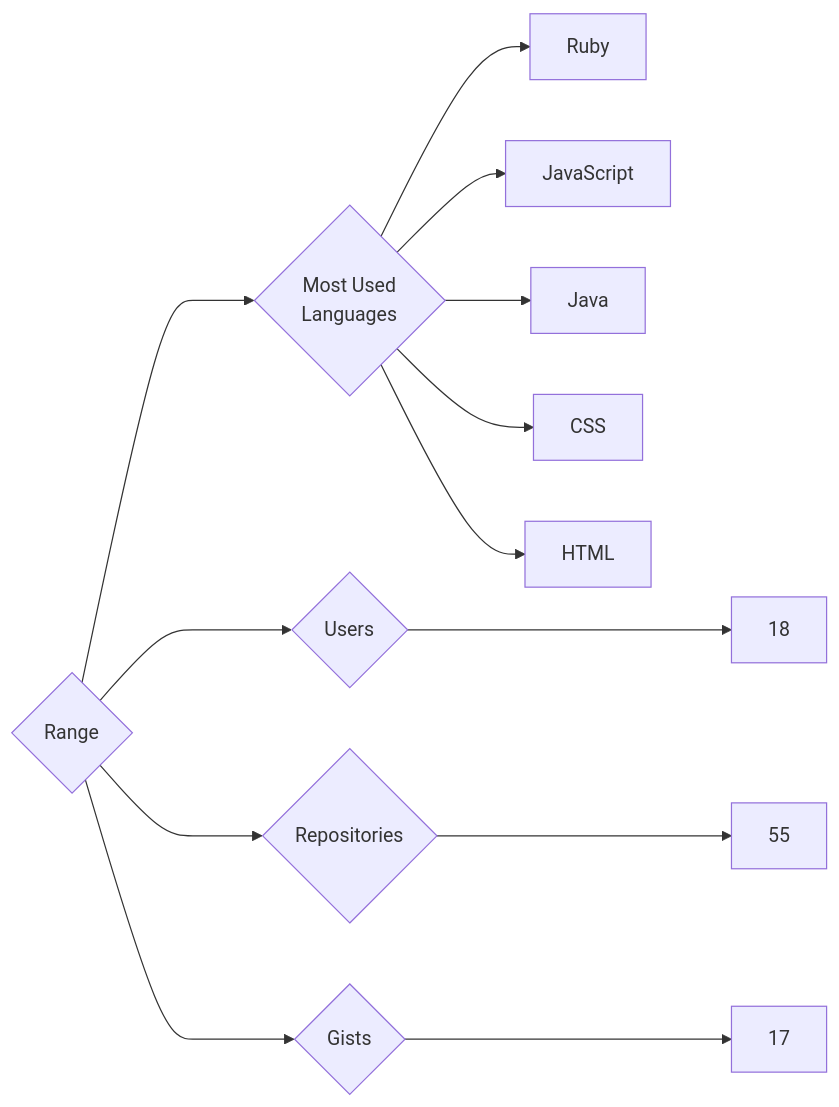
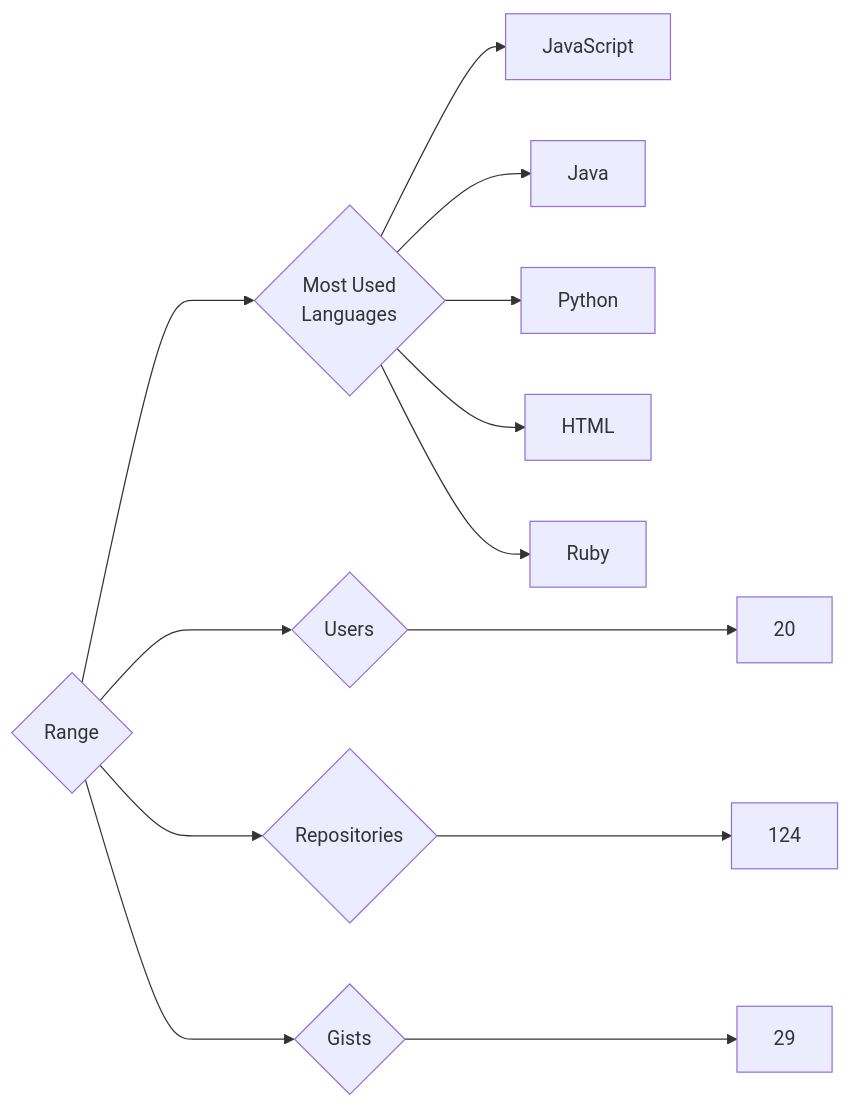
Before and after one commit to trickest/insiders: the diagram in targets/Range/README.md, drawn with Mermaid. The commit also changed 796 other files, not shown here.

````diff
--- a/targets/Range/README.md
+++ b/targets/Range/README.md
@@ -3,13 +3,13 @@
 ```mermaid
 graph LR
 COMPANY_NAME{Range}
-COMPANY_NAME ---> U{Users} ---> UN[18]
-COMPANY_NAME ---> R{Repositories} ---> RN[55]
-COMPANY_NAME ---> G{Gists} ---> GN[17]
+COMPANY_NAME ---> U{Users} ---> UN[20]
+COMPANY_NAME ---> R{Repositories} ---> RN[124]
+COMPANY_NAME ---> G{Gists} ---> GN[29]
 COMPANY_NAME ---> ML{Most Used<br>Languages}
-ML --> Ruby[Ruby]
 ML --> JavaScript[JavaScript]
 ML --> Java[Java]
-ML --> CSS[CSS]
+ML --> Python[Python]
 ML --> HTML[HTML]
+ML --> Ruby[Ruby]
 ```
````
